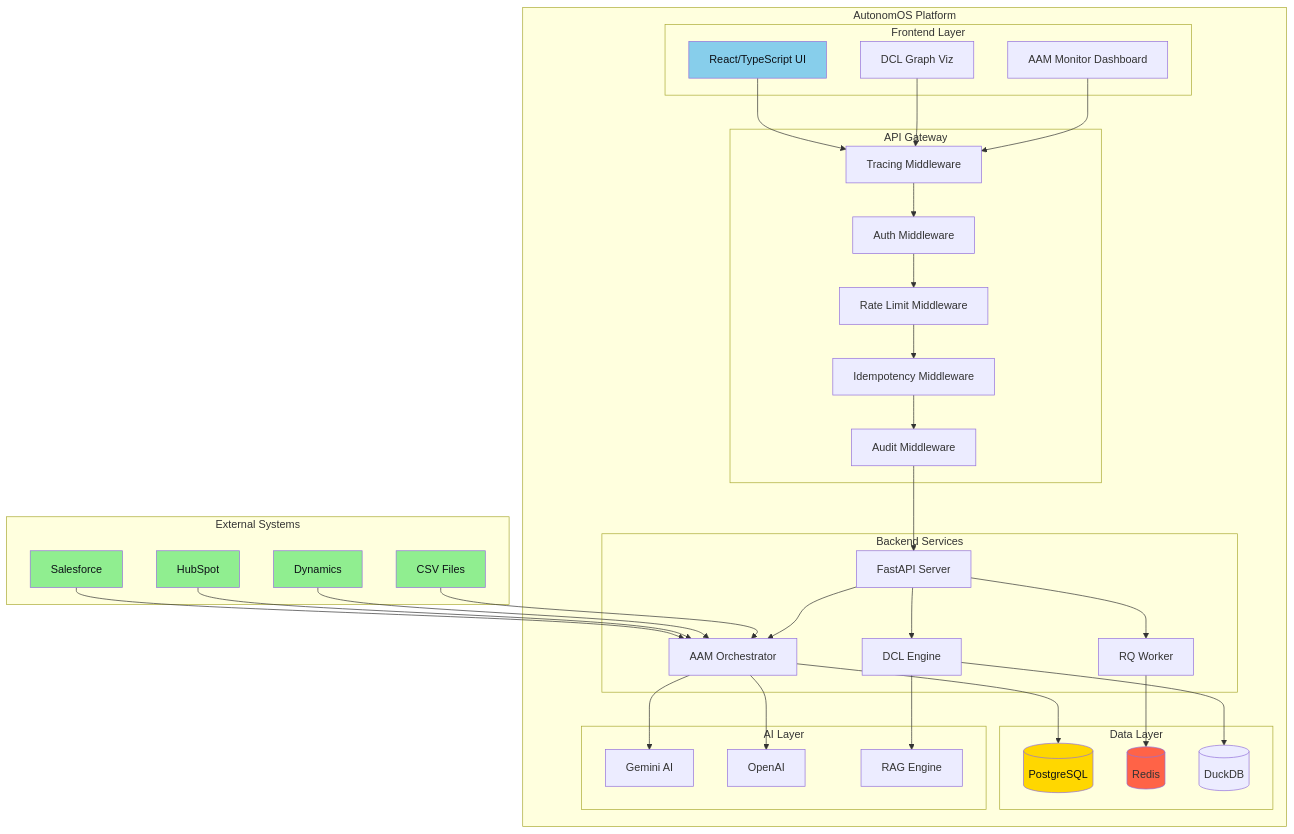
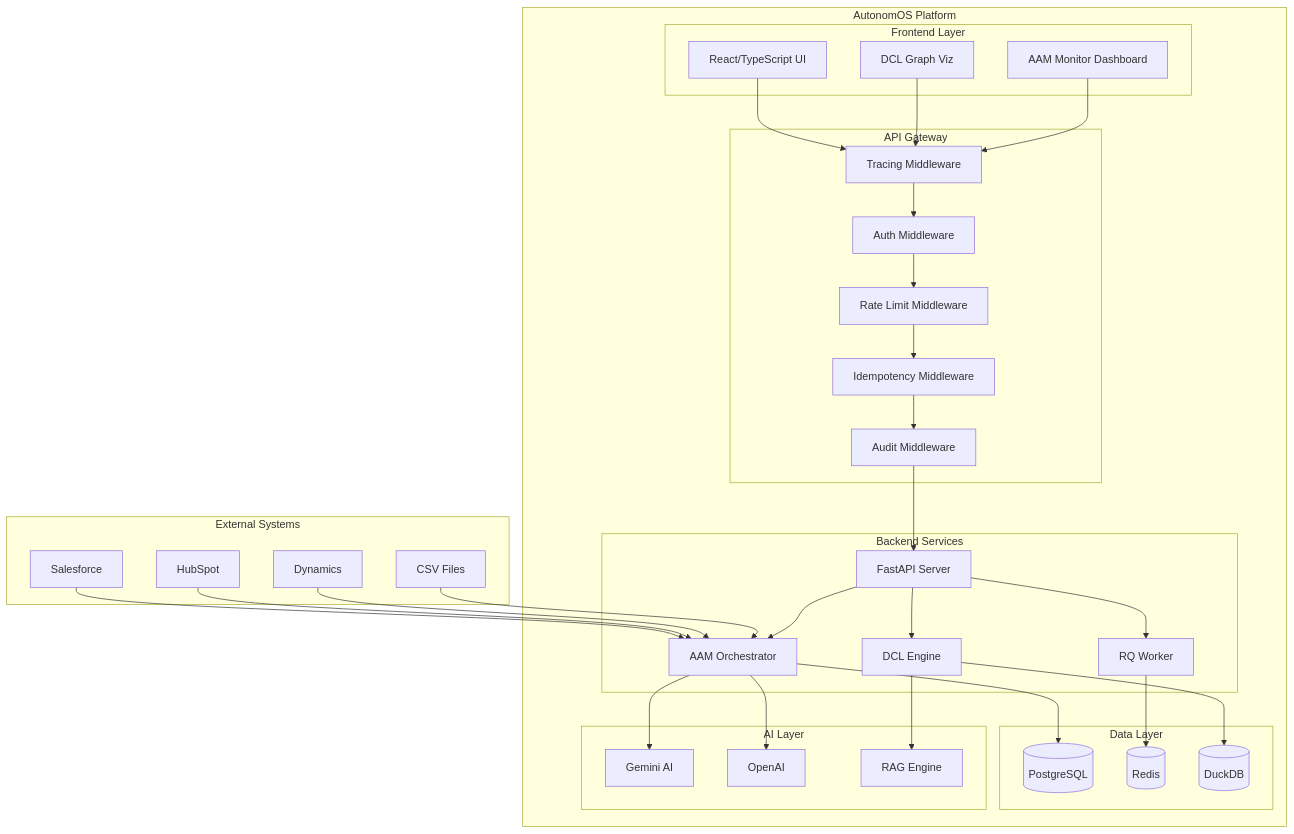
Before and after one commit to ilyacantor/autonomos-platform: the first of 8 diagrams in ARCHITECTURE.md, drawn with Mermaid. The commit also changed other lines of this file and 1 other file, not shown here.

First line of the commit message:
Reset formatting and update visuals for architecture documentation

````diff
--- a/ARCHITECTURE.md
+++ b/ARCHITECTURE.md
@@ -15,79 +15,72 @@
 ```mermaid
 graph TB
     subgraph "External Systems"
         SF[Salesforce]
         HS[HubSpot]
         DY[Dynamics]
         CSV[CSV Files]
     end
 
     subgraph "AutonomOS Platform"
         subgraph "Frontend Layer"
             UI[React/TypeScript UI]
             DCL_UI[DCL Graph Viz]
             AAM_UI[AAM Monitor Dashboard]
         end
 
         subgraph "API Gateway"
             MW_TRACE[Tracing Middleware]
             MW_AUTH[Auth Middleware]
             MW_RATE[Rate Limit Middleware]
             MW_IDEMPOT[Idempotency Middleware]
             MW_AUDIT[Audit Middleware]
         end
 
         subgraph "Backend Services"
             API[FastAPI Server]
             DCL[DCL Engine]
             AAM[AAM Orchestrator]
             WORKER[RQ Worker]
         end
 
         subgraph "Data Layer"
             PG[(PostgreSQL)]
             REDIS[(Redis)]
             DUCKDB[(DuckDB)]
         end
 
         subgraph "AI Layer"
             GEMINI[Gemini AI]
             OPENAI[OpenAI]
             RAG[RAG Engine]
         end
     end
 
     SF --> AAM
     HS --> AAM
     DY --> AAM
     CSV --> AAM
 
     UI --> MW_TRACE
     DCL_UI --> MW_TRACE
     AAM_UI --> MW_TRACE
 
     MW_TRACE --> MW_AUTH
     MW_AUTH --> MW_RATE
     MW_RATE --> MW_IDEMPOT
     MW_IDEMPOT --> MW_AUDIT
     MW_AUDIT --> API
 
     API --> DCL
     API --> AAM
     API --> WORKER
 
     AAM --> PG
     DCL --> DUCKDB
     WORKER --> REDIS
     
     AAM --> GEMINI
     AAM --> OPENAI
     DCL --> RAG
 
-    style SF fill:#90EE90,color:#0D1117
-    style HS fill:#90EE90,color:#0D1117
-    style DY fill:#90EE90,color:#0D1117
-    style CSV fill:#90EE90,color:#0D1117
-    style UI fill:#87CEEB,color:#0D1117
-    style PG fill:#FFD700,color:#0D1117
-    style REDIS fill:#FF6347
 ```
````
